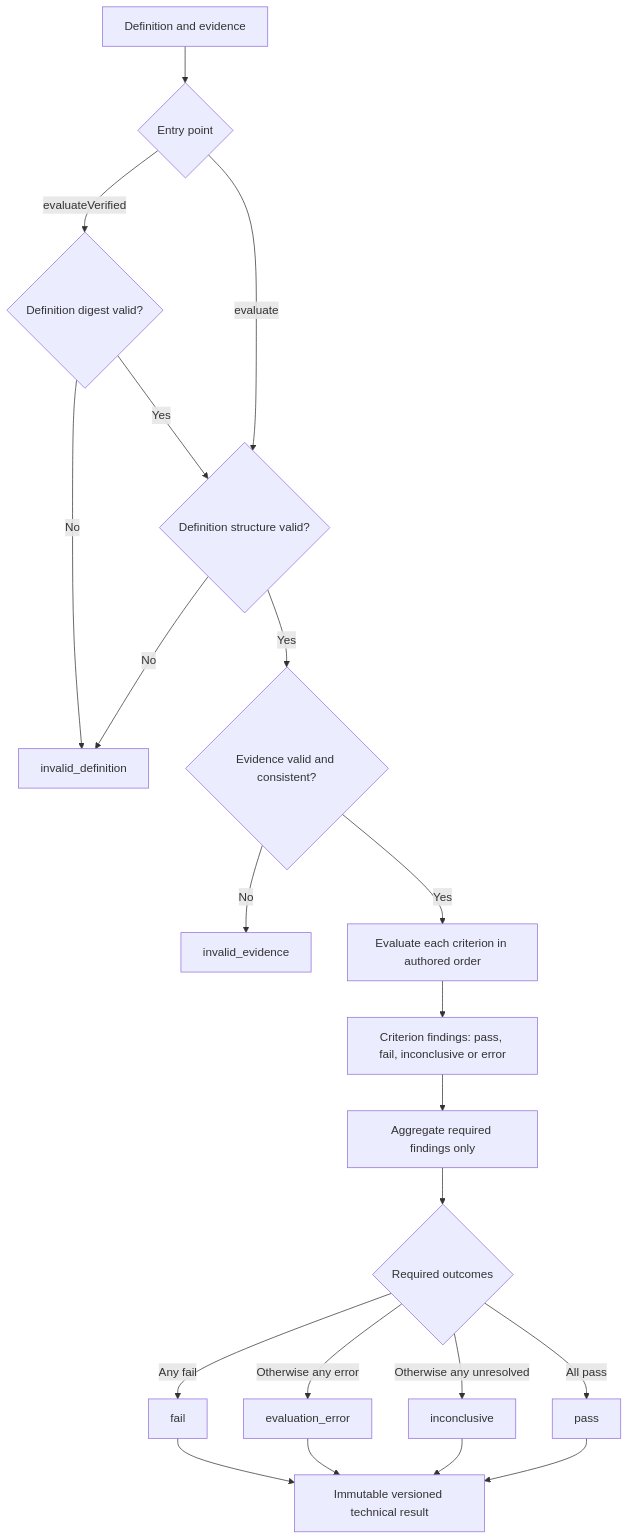
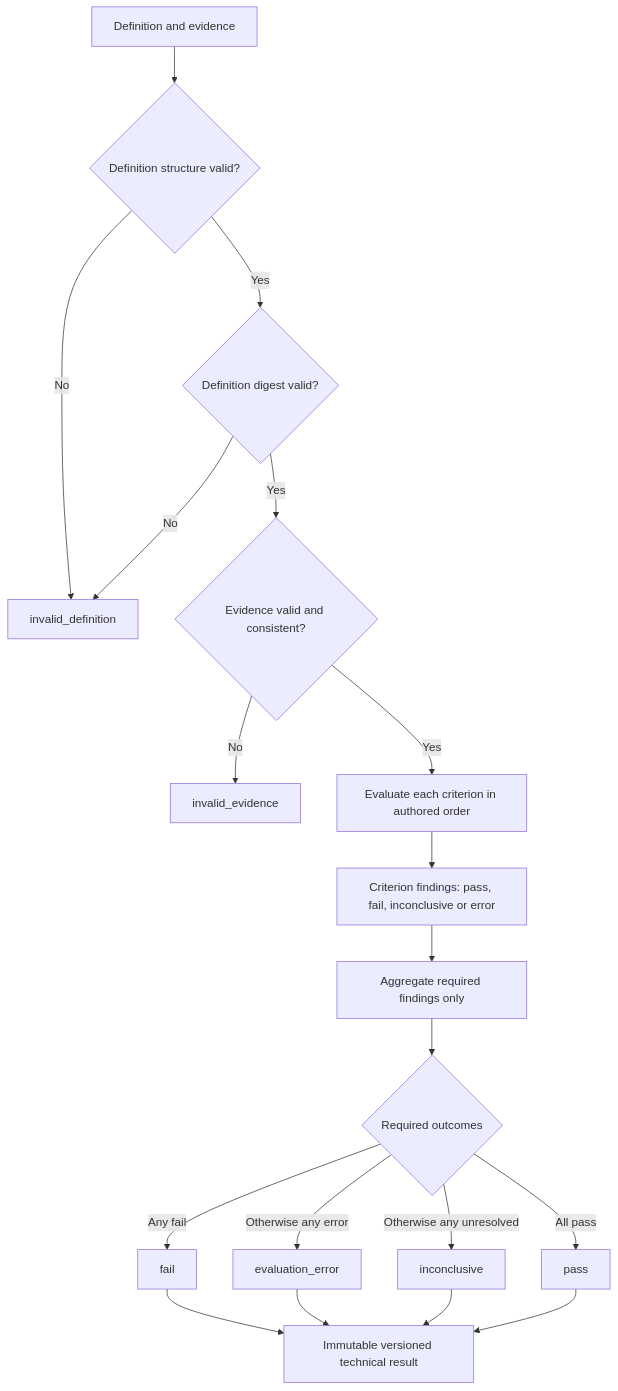
The second of 4 diagrams in README.md (0xbuffdev/assay), drawn with Mermaid before and after one commit. The commit also changed other lines of this file and 9 other files, not shown here.

````diff
--- a/README.md
+++ b/README.md
@@ -63,23 +63,21 @@
 ```mermaid
 flowchart TD
-    Start["Definition and evidence"] --> Verified{"Entry point"}
-    Verified -->|"evaluateVerified"| Digest{"Definition digest valid?"}
-    Digest -->|No| InvalidDefinition["invalid_definition"]
-    Digest -->|Yes| Validate{"Definition structure valid?"}
-    Verified -->|"evaluate"| Validate
-    Validate -->|No| InvalidDefinition
-    Validate -->|Yes| EvidenceCheck{"Evidence valid and consistent?"}
+    Start["Definition and evidence"] --> Validate{"Definition structure valid?"}
+    Validate -->|No| InvalidDefinition["invalid_definition"]
+    Validate -->|Yes| Digest{"Definition digest valid?"}
+    Digest -->|No| InvalidDefinition
+    Digest -->|Yes| EvidenceCheck{"Evidence valid and consistent?"}
     EvidenceCheck -->|No| InvalidEvidence["invalid_evidence"]
     EvidenceCheck -->|Yes| Compare["Evaluate each criterion in authored order"]
     Compare --> Findings["Criterion findings: pass, fail, inconclusive or error"]
     Findings --> Required["Aggregate required findings only"]
     Required --> Outcome{"Required outcomes"}
     Outcome -->|"Any fail"| Fail["fail"]
     Outcome -->|"Otherwise any error"| Error["evaluation_error"]
     Outcome -->|"Otherwise any unresolved"| Inconclusive["inconclusive"]
     Outcome -->|"All pass"| Pass["pass"]
     Fail --> Result["Immutable versioned technical result"]
     Error --> Result
     Inconclusive --> Result
     Pass --> Result
 ```
````
